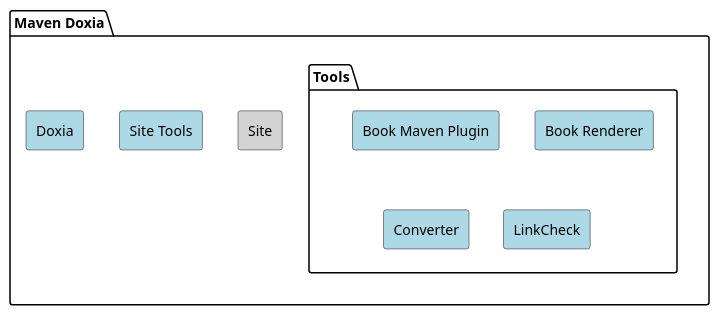
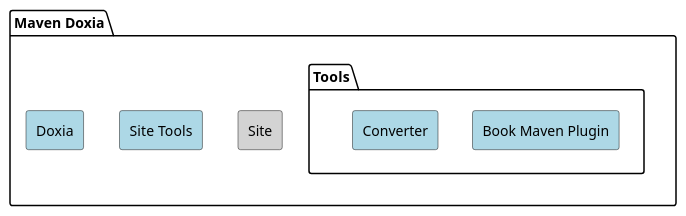
Before and after one commit to apache/maven-site: the diagram in src/plantuml/maven-sources/doxia.puml, drawn with PlantUML. The commit also changed 3 other files, not shown here.

Commit message:
Make doxia-book-renderer, doxia-linkcheck, linkcheck-plugin retired

```diff
--- a/src/plantuml/maven-sources/doxia.puml
+++ b/src/plantuml/maven-sources/doxia.puml
@@ -19,35 +19,31 @@
 @startuml
 
 <style>
     rectangle {
         BackgroundColor LightBlue
     }
 }
 </style>
 
 package "Maven Doxia" {
   rectangle Doxia
   rectangle "Site Tools"
   rectangle Site #LightGrey
   package Tools {
     rectangle "Book Maven Plugin"
-    rectangle "Book Renderer"
     rectangle Converter
-    rectangle LinkCheck
   }
 }
 
 'hidden dependencies to change layout
 Doxia -[hidden]right-> "Site Tools"
 "Site Tools" -[hidden]right-> Site
 "Site Tools" -[hidden]right-> Tools
 
 url of Doxia is [[https://github.com/apache/maven-doxia]]
 url of "Site Tools" is [[https://github.com/apache/maven-doxia-sitetools]]
 url of Site is [[https://github.com/apache/maven-doxia-site]]
-url of "Book Renderer" is [[https://github.com/apache/maven-doxia-book-renderer]]
 url of "Book Maven Plugin" is [[https://github.com/apache/maven-doxia-book-maven-plugin]]
 url of Converter is [[https://github.com/apache/maven-doxia-converter]]
-url of LinkCheck is [[https://github.com/apache/maven-doxia-linkcheck]]
 
 @enduml
```
